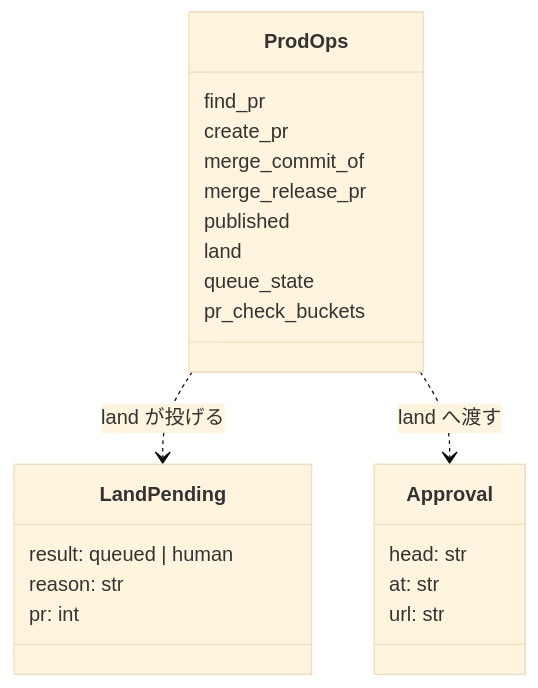
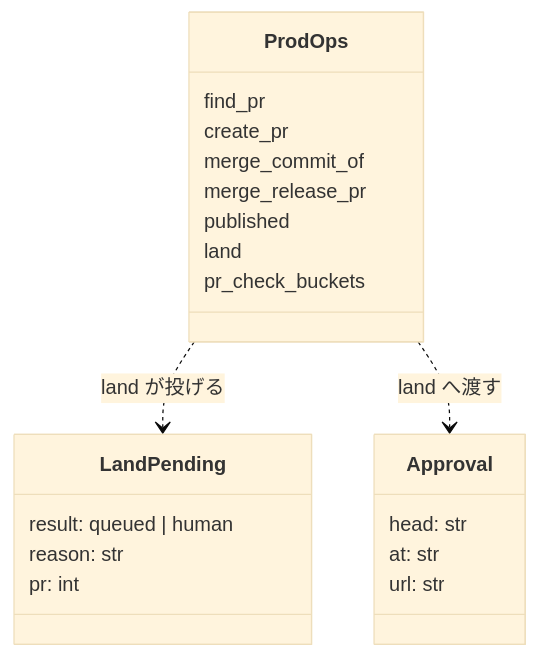
Before and after one commit to devbasex/ai-plugins: the second of 5 diagrams in issues/issue-3703-design.md, drawn with Mermaid (base theme). The commit also changed other lines of this file and 2 other files, not shown here.

````diff
--- a/issues/issue-3703-design.md
+++ b/issues/issue-3703-design.md
@@ -206,25 +206,24 @@
 ```mermaid
 classDiagram
   class ProdOps {
     find_pr
     create_pr
     merge_commit_of
     merge_release_pr
     published
     land
-    queue_state
     pr_check_buckets
   }
   class LandPending {
     result: queued | human
     reason: str
     pr: int
   }
   class Approval {
     head: str
     at: str
     url: str
   }
   ProdOps ..> LandPending : land が投げる
   ProdOps ..> Approval : land へ渡す
 ```
````
